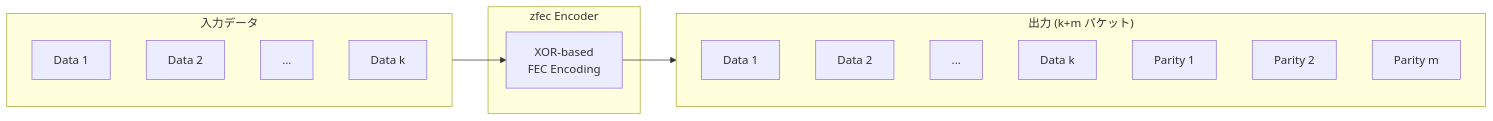
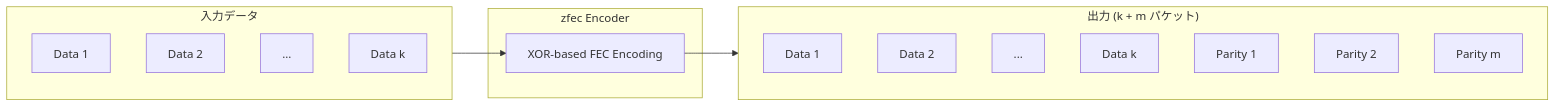
Before and after one commit to jo2lxq/wafl: the fifth of 5 diagrams in WAFL-Testbed/docs/protocol.md, drawn with Mermaid. The commit also changed other lines of this file and 19 other files, not shown here.

````diff
--- a/WAFL-Testbed/docs/protocol.md
+++ b/WAFL-Testbed/docs/protocol.md
@@ -171,25 +175,25 @@
 ```mermaid
 flowchart LR
     subgraph Input["入力データ"]
         D1["Data 1"]
         D2["Data 2"]
         D3["..."]
         Dk["Data k"]
     end
     
     subgraph Encoder["zfec Encoder"]
-        Encode["XOR-based<br/>FEC Encoding"]
+        Encode["XOR-based FEC Encoding"]
     end
     
-    subgraph Output["出力 (k+m パケット)"]
+    subgraph Output["出力 (k + m パケット)"]
         O1["Data 1"]
         O2["Data 2"]
         O3["..."]
         Ok["Data k"]
         P1["Parity 1"]
         P2["Parity 2"]
         Pm["Parity m"]
     end
     
     Input --> Encode --> Output
 ```
````
